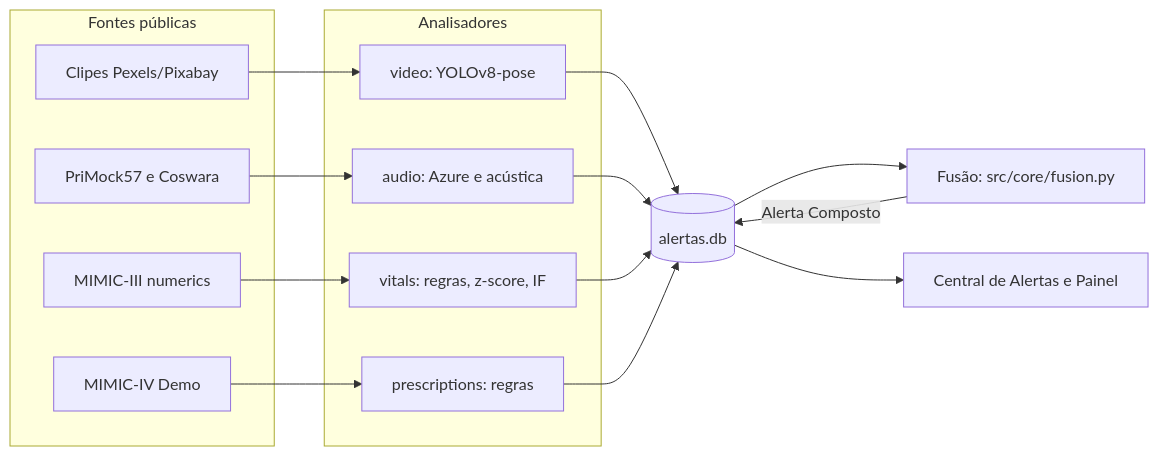
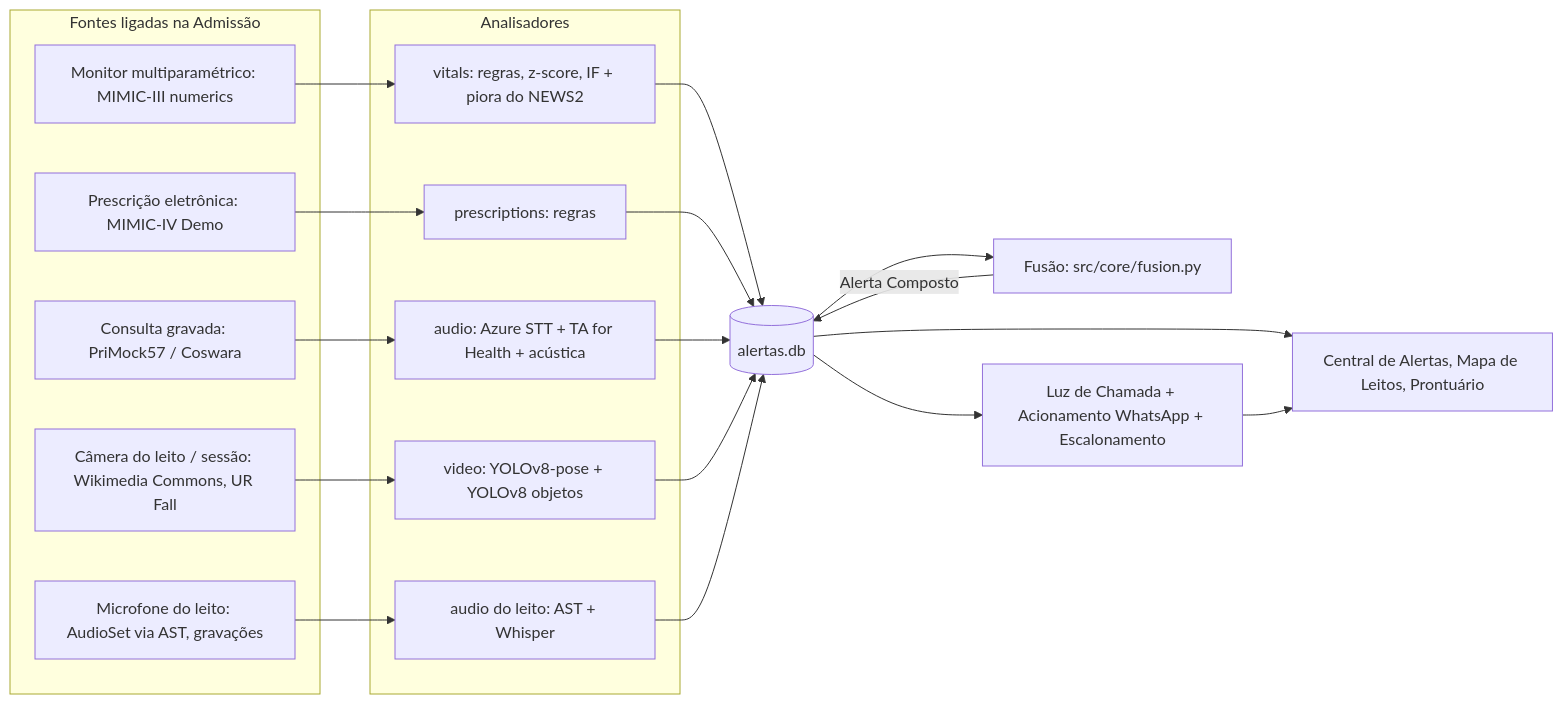
The diagram in docs/relatorio_tecnico.md (fiap-postech-ia-para-devs-grupo/9IADT-fase-4-tech-challenge), drawn with Mermaid before and after one commit. The commit also changed other lines of this file and 3 other files, not shown here.

````diff
--- a/docs/relatorio_tecnico.md
+++ b/docs/relatorio_tecnico.md
@@ -30,29 +31,36 @@
 ```mermaid
 flowchart LR
-    subgraph Fontes públicas
-        V[Clipes Pexels/Pixabay]
-        A[PriMock57 e Coswara]
-        S[MIMIC-III numerics]
-        P[MIMIC-IV Demo]
+    subgraph Fontes ligadas na Admissão
+        S[Monitor multiparamétrico: MIMIC-III numerics]
+        P[Prescrição eletrônica: MIMIC-IV Demo]
+        A[Consulta gravada: PriMock57 / Coswara]
+        V[Câmera do leito / sessão: Wikimedia Commons, UR Fall]
+        M[Microfone do leito: AudioSet via AST, gravações]
     end
     subgraph Analisadores
-        AV[video: YOLOv8-pose]
-        AA[audio: Azure e acústica]
-        AS[vitals: regras, z-score, IF]
+        AS[vitals: regras, z-score, IF + piora do NEWS2]
         AP[prescriptions: regras]
+        AA[audio: Azure STT + TA for Health + acústica]
+        AV[video: YOLOv8-pose + YOLOv8 objetos]
+        AM[audio do leito: AST + Whisper]
     end
     DB[(alertas.db)]
     F[Fusão: src/core/fusion.py]
-    C[Central de Alertas e Painel]
-    V --> AV
-    A --> AA
+    C[Central de Alertas, Mapa de Leitos, Prontuário]
+    L[Luz de Chamada + Acionamento WhatsApp + Escalonamento]
     S --> AS
     P --> AP
-    AV --> DB
-    AA --> DB
+    A --> AA
+    V --> AV
+    M --> AM
     AS --> DB
     AP --> DB
+    AA --> DB
+    AV --> DB
+    AM --> DB
     DB --> F
     F -->|Alerta Composto| DB
     DB --> C
+    DB --> L
+    L --> C
 ```
````
